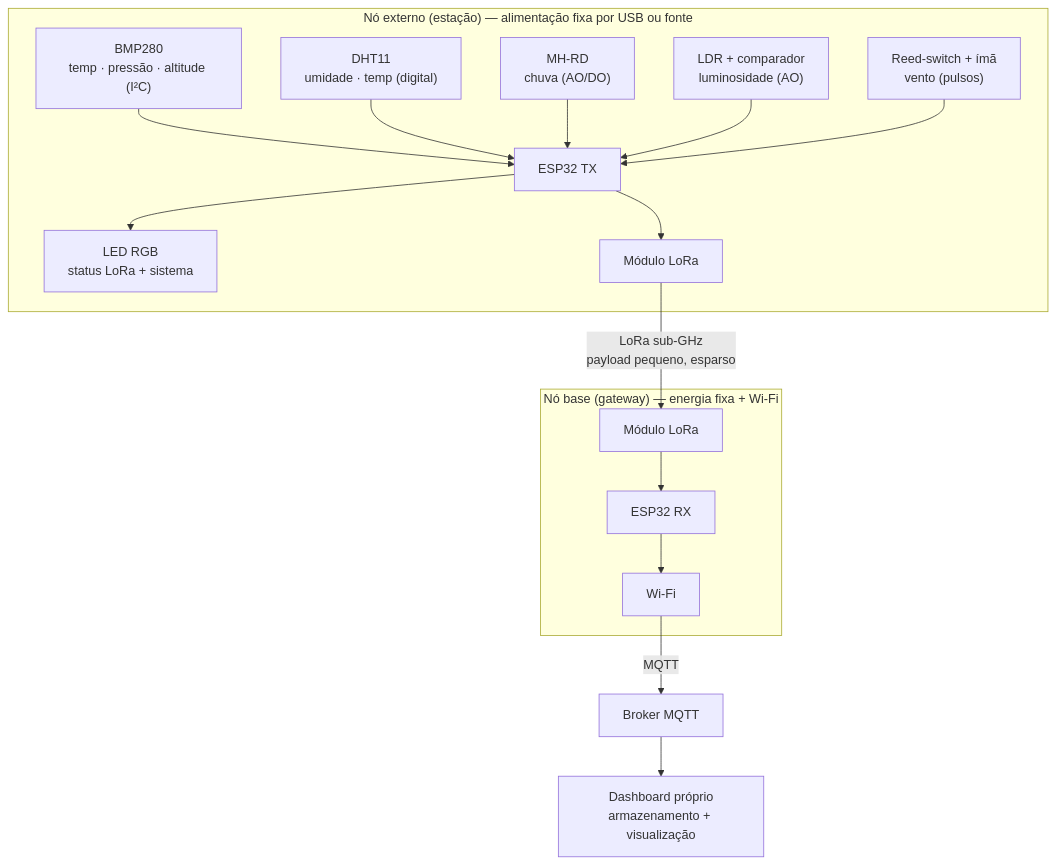
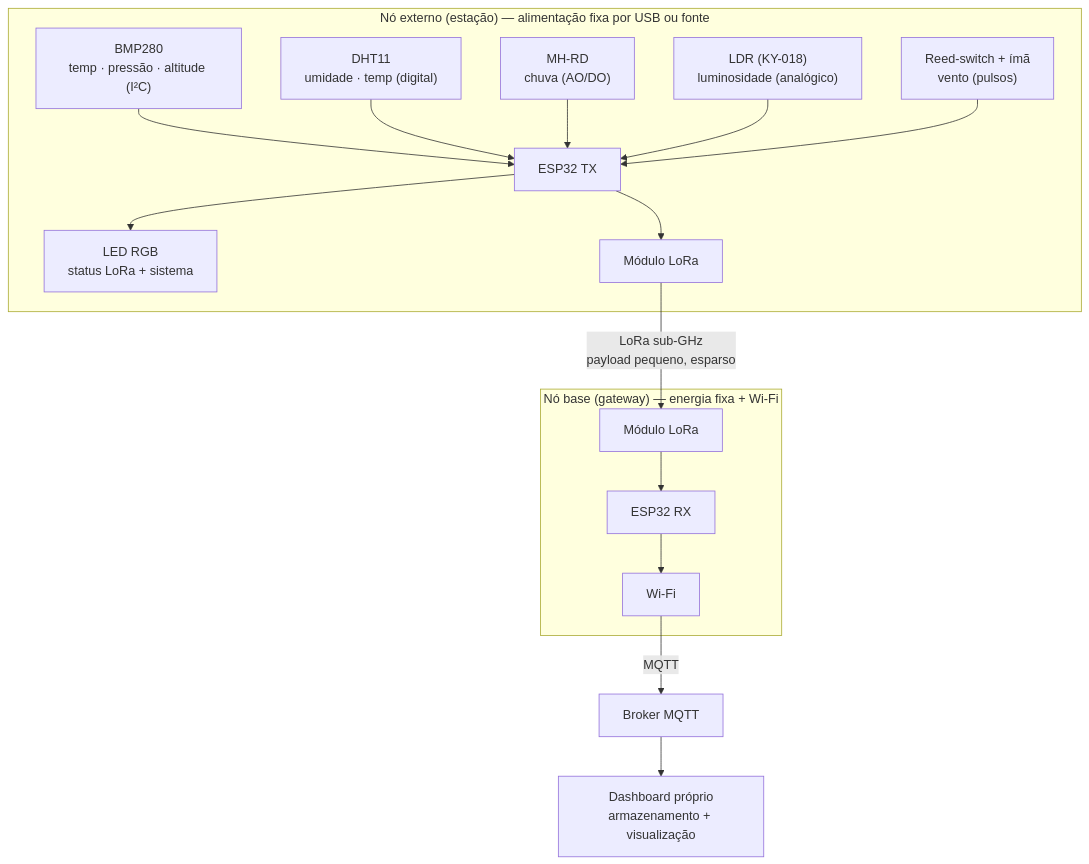
Before and after one commit to BrunoBReis/trabalho_embarcados: the diagram in README.md, drawn with Mermaid. The commit also changed other lines of this file, not shown here.

````diff
--- a/README.md
+++ b/README.md
@@ -83,23 +83,23 @@
 ```mermaid
 
 flowchart TD
     subgraph EXT["Nó externo (estação) — alimentação fixa por USB ou fonte"]
         BMP["BMP280<br/>temp · pressão · altitude (I²C)"] --> E1["ESP32 TX"]
         DHT["DHT11<br/>umidade · temp (digital)"] --> E1
         RAIN["MH-RD<br/>chuva (AO/DO)"] --> E1
-        LDR["LDR + comparador<br/>luminosidade (AO)"] --> E1
+        LDR["LDR (KY-018)<br/>luminosidade (analógico)"] --> E1
         REED["Reed-switch + ímã<br/>vento (pulsos)"] --> E1
         E1 --> LED["LED RGB<br/>status LoRa + sistema"]
         E1 --> L1["Módulo LoRa"]
     end
 
     L1 -- "LoRa sub-GHz<br/>payload pequeno, esparso" --> L2["Módulo LoRa"]
 
     subgraph BASE["Nó base (gateway) — energia fixa + Wi-Fi"]
         L2 --> E2["ESP32 RX"]
         E2 --> W["Wi-Fi"]
     end
 
     W -- "MQTT" --> B["Broker MQTT"]
     B --> DB["Dashboard próprio<br/>armazenamento + visualização"]
 ```
````
